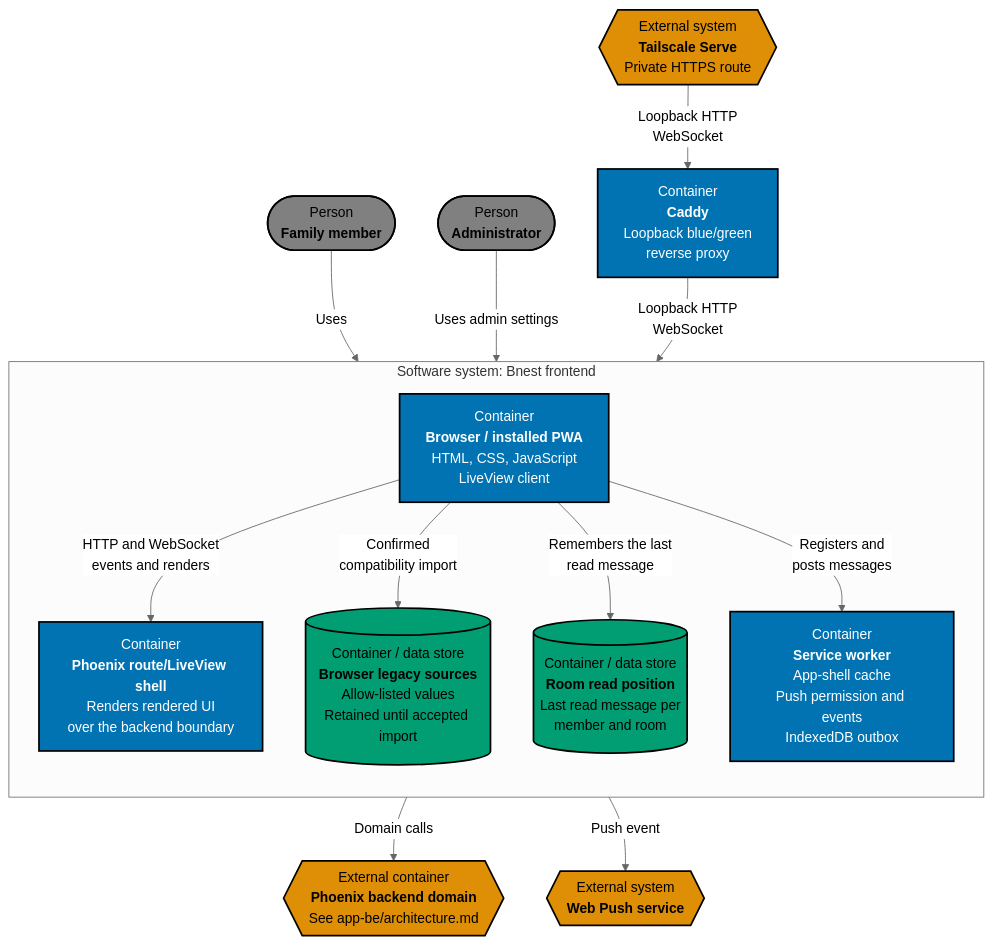
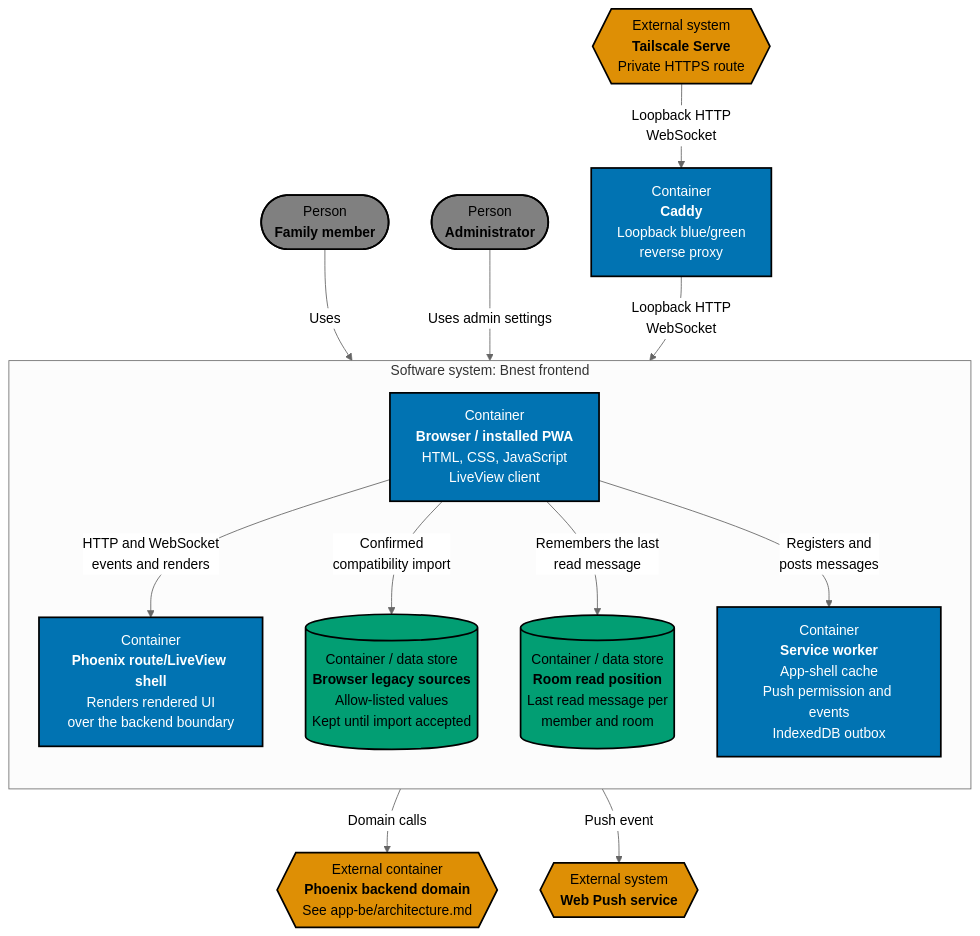
One commit to wahidyankf/beaver-nest changed the second of 3 diagrams in specs/apps/bnest/app-fe/architecture.md. Above: the diagram before and after it, drawn with Mermaid (neutral theme). The commit also changed other lines of this file and 1 other file, not shown here.

First line of the commit message:
docs(specs): fit the mermaid labels under 120 columns

````diff
--- a/specs/apps/bnest/app-fe/architecture.md
+++ b/specs/apps/bnest/app-fe/architecture.md
@@ -71,66 +71,66 @@
 ```mermaid
 flowchart TB
-    accTitle: Container View
-    accDescr {
-        Flowchart with 11 nodes and 10 connections. Nodes: Person Family member, Person Administrator, External system
-        Tailscale Serve Private HTTPS route, Container Caddy Loopback blue/green reverse proxy, External container
-        Phoenix backend domain See app-be/architecture.md, External system Web Push service, Container Browser /
-        installed PWA HTML, CSS, JavaScript LiveView client, Container / data store Browser legacy sources Allow-listed
-        values Retained until accepted import, Container / data store Room read position Last read message per member
-        and room, Container Phoenix route/LiveView shell Renders rendered UI over the backend boundary, Container
-        Service worker App-shell cache Push permission and events IndexedDB outbox. Connections: Container Browser /
-        installed PWA HTML, CSS, JavaScript LiveView client to Container Phoenix route/LiveView shell Renders rendered
-        UI over the backend boundary (HTTP and WebSocket events and renders), Container Browser / installed PWA HTML,
-        CSS, JavaScript LiveView client to Container / data store Browser legacy sources Allow-listed values Retained
-        until accepted import (Confirmed compatibility import), Container Browser / installed PWA HTML, CSS, JavaScript
-        LiveView client to Container / data store Room read position Last read message per member and room (Remembers
-        the last read message), Container Browser / installed PWA HTML, CSS, JavaScript LiveView client to Container
-        Service worker App-shell cache Push permission and events IndexedDB outbox (Registers and posts messages),
-        Person Family member to Container Browser / installed PWA HTML, CSS, JavaScript LiveView client (Uses), Person
-        Administrator to Container Browser / installed PWA HTML, CSS, JavaScript LiveView client (Uses admin settings),
-        External system Tailscale Serve Private HTTPS route to Container Caddy Loopback blue/green reverse proxy
-        (Loopback HTTP WebSocket), Container Caddy Loopback blue/green reverse proxy to Container Phoenix route/LiveView
-        shell Renders rendered UI over the backend boundary (Loopback HTTP WebSocket), Container Phoenix route/LiveView
-        shell Renders rendered UI over the backend boundary to External container Phoenix backend domain See
-        app-be/architecture.md (Domain calls), Container Service worker App-shell cache Push permission and events
-        IndexedDB outbox to External system Web Push service (Push event).
-    }
-    visitor(["Person<br/><b>Family member</b>"])
-    admin(["Person<br/><b>Administrator</b>"])
-    tailscale{{"External system<br/><b>Tailscale Serve</b><br/>Private HTTPS route"}}
-    caddy["Container<br/><b>Caddy</b><br/>Loopback blue/green<br/>reverse proxy"]
-    backend{{"External container<br/><b>Phoenix backend domain</b><br/>See app-be/architecture.md"}}
-    webpush{{"External system<br/><b>Web Push service</b>"}}
+accTitle: Container View
+accDescr {
+Flowchart with 11 nodes and 10 connections. Nodes: Person Family member, Person Administrator, External system
+Tailscale Serve Private HTTPS route, Container Caddy Loopback blue/green reverse proxy, External container
+Phoenix backend domain See app-be/architecture.md, External system Web Push service, Container Browser /
+installed PWA HTML, CSS, JavaScript LiveView client, Container / data store Browser legacy sources Allow-listed
+values Kept until import accepted, Container / data store Room read position Last read message per member
+and room, Container Phoenix route/LiveView shell Renders rendered UI over the backend boundary, Container
+Service worker App-shell cache Push permission and events IndexedDB outbox. Connections: Container Browser /
+installed PWA HTML, CSS, JavaScript LiveView client to Container Phoenix route/LiveView shell Renders rendered
+UI over the backend boundary (HTTP and WebSocket events and renders), Container Browser / installed PWA HTML,
+CSS, JavaScript LiveView client to Container / data store Browser legacy sources Allow-listed values Retained
+until accepted import (Confirmed compatibility import), Container Browser / installed PWA HTML, CSS, JavaScript
+LiveView client to Container / data store Room read position Last read message per member and room (Remembers
+the last read message), Container Browser / installed PWA HTML, CSS, JavaScript LiveView client to Container
+Service worker App-shell cache Push permission and events IndexedDB outbox (Registers and posts messages),
+Person Family member to Container Browser / installed PWA HTML, CSS, JavaScript LiveView client (Uses), Person
+Administrator to Container Browser / installed PWA HTML, CSS, JavaScript LiveView client (Uses admin settings),
+External system Tailscale Serve Private HTTPS route to Container Caddy Loopback blue/green reverse proxy
+(Loopback HTTP WebSocket), Container Caddy Loopback blue/green reverse proxy to Container Phoenix route/LiveView
+shell Renders rendered UI over the backend boundary (Loopback HTTP WebSocket), Container Phoenix route/LiveView
+shell Renders rendered UI over the backend boundary to External container Phoenix backend domain See
+app-be/architecture.md (Domain calls), Container Service worker App-shell cache Push permission and events
+IndexedDB outbox to External system Web Push service (Push event).
+}
+visitor(["Person<br><b>Family member</b>"])
+admin(["Person<br><b>Administrator</b>"])
+tailscale{{"External system<br><b>Tailscale Serve</b><br>Private HTTPS route"}}
+caddy["Container<br><b>Caddy</b><br>Loopback blue/green<br>reverse proxy"]
+backend{{"External container<br><b>Phoenix backend domain</b><br>See app-be/architecture.md"}}
+webpush{{"External system<br><b>Web Push service</b>"}}
 
-    subgraph frontend["Software system: Bnest frontend"]
-        direction TB
-        browser["Container<br/><b>Browser / installed PWA</b><br/>HTML, CSS, JavaScript<br/>LiveView client"]
-        legacy[("Container / data store<br/><b>Browser legacy sources</b><br/>Allow-listed values<br/>Retained until accepted import")]
-        readmarker[("Container / data store<br/><b>Room read position</b><br/>Last read message per<br/>member and room")]
-        routes["Container<br/><b>Phoenix route/LiveView shell</b><br/>Renders rendered UI<br/>over the backend boundary"]
-        worker["Container<br/><b>Service worker</b><br/>App-shell cache<br/>Push permission and events<br/>IndexedDB outbox"]
+subgraph frontend["Software system: Bnest frontend"]
+direction TB
+browser["Container<br><b>Browser / installed PWA</b><br>HTML, CSS, JavaScript<br>LiveView client"]
+legacy[("Container / data store<br><b>Browser legacy sources</b><br>Allow-listed values<br>Kept until import accepted")]
+readmarker[("Container / data store<br><b>Room read position</b><br>Last read message per<br>member and room")]
+routes["Container<br><b>Phoenix route/LiveView shell</b><br>Renders rendered UI<br>over the backend boundary"]
+worker["Container<br><b>Service worker</b><br>App-shell cache<br>Push permission and events<br>IndexedDB outbox"]
 
-        browser -->|HTTP and WebSocket<br/>events and renders| routes
-        browser -->|Confirmed<br/>compatibility import| legacy
-        browser -->|Remembers the last<br/>read message| readmarker
-        browser -->|Registers and<br/>posts messages| worker
-    end
+browser -->|HTTP and WebSocket<br>events and renders| routes
+browser -->|Confirmed<br>compatibility import| legacy
+browser -->|Remembers the last<br>read message| readmarker
+browser -->|Registers and<br>posts messages| worker
+end
 
-    visitor -->|Uses| browser
-    admin -->|Uses admin settings| browser
-    tailscale -->|Loopback HTTP<br/>WebSocket| caddy
-    caddy -->|Loopback HTTP<br/>WebSocket| routes
-    routes -->|Domain calls| backend
-    worker -->|Push event| webpush
+visitor -->|Uses| browser
+admin -->|Uses admin settings| browser
+tailscale -->|Loopback HTTP<br>WebSocket| caddy
+caddy -->|Loopback HTTP<br>WebSocket| routes
+routes -->|Domain calls| backend
+worker -->|Push event| webpush
 
-    classDef person fill:#808080,stroke:#000000,color:#000000,stroke-width:2px
-    classDef container fill:#0173B2,stroke:#000000,color:#FFFFFF,stroke-width:2px
-    classDef data fill:#029E73,stroke:#000000,color:#000000,stroke-width:2px
-    classDef external fill:#DE8F05,stroke:#000000,color:#000000,stroke-width:2px
-    class visitor,admin person
-    class browser,routes,worker container
-    class legacy,readmarker data
-    class tailscale,backend,webpush external
-    class caddy container
-    classDef default fill:#FFFFFF,stroke:#000000,color:#000000
+classDef person fill:#808080,stroke:#000000,color:#000000,stroke-width:2px
+classDef container fill:#0173B2,stroke:#000000,color:#FFFFFF,stroke-width:2px
+classDef data fill:#029E73,stroke:#000000,color:#000000,stroke-width:2px
+classDef external fill:#DE8F05,stroke:#000000,color:#000000,stroke-width:2px
+class visitor,admin person
+class browser,routes,worker container
+class legacy,readmarker data
+class tailscale,backend,webpush external
+class caddy container
+classDef default fill:#FFFFFF,stroke:#000000,color:#000000
 ```
````
